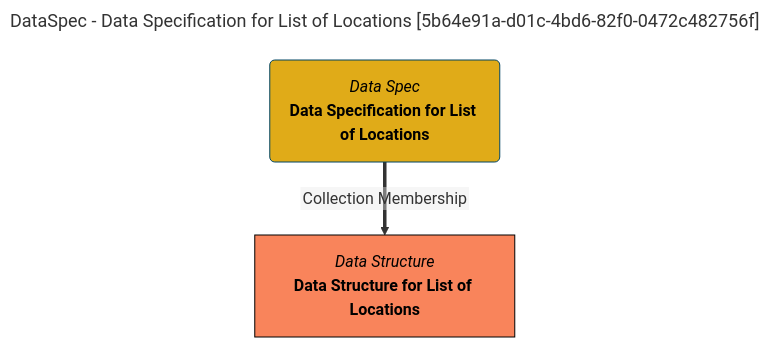
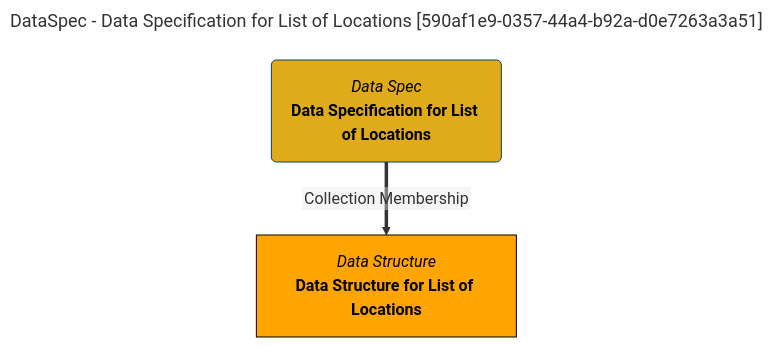
The diagram in site/snippets/collections/data-specs/data-specification-for-list-of-locations-mermaid-graph.md (odpi/egeria-docs), drawn with Mermaid before and after one commit. The commit also changed 2201 other files, not shown here.

````diff
--- a/site/snippets/collections/data-specs/data-specification-for-list-of-locations-mermaid-graph.md
+++ b/site/snippets/collections/data-specs/data-specification-for-list-of-locations-mermaid-graph.md
@@ -1,15 +1,15 @@
 ```mermaid
 ---
-title: DataSpec - Data Specification for List of Locations [5b64e91a-d01c-4bd6-82f0-0472c482756f]
+title: DataSpec - Data Specification for List of Locations [590af1e9-0357-44a4-b92a-d0e7263a3a51]
 ---
 flowchart TD
 %%{init: {"flowchart": {"htmlLabels": false}} }%%
 
 1@{ shape: rounded, label: "*Data Spec*
 **Data Specification for List of Locations**"}
 2@{ shape: rect, label: "*Data Structure*
 **Data Structure for List of Locations**"}
 1==>|"Collection Membership"|2
 style 1 color:#000000, fill:#e0ab18, stroke:#004563
-style 2 color:#000000, fill:#f9845b, stroke:#000000
+style 2 color:#000000, fill:#FFA500, stroke:#000000
 ```
````
